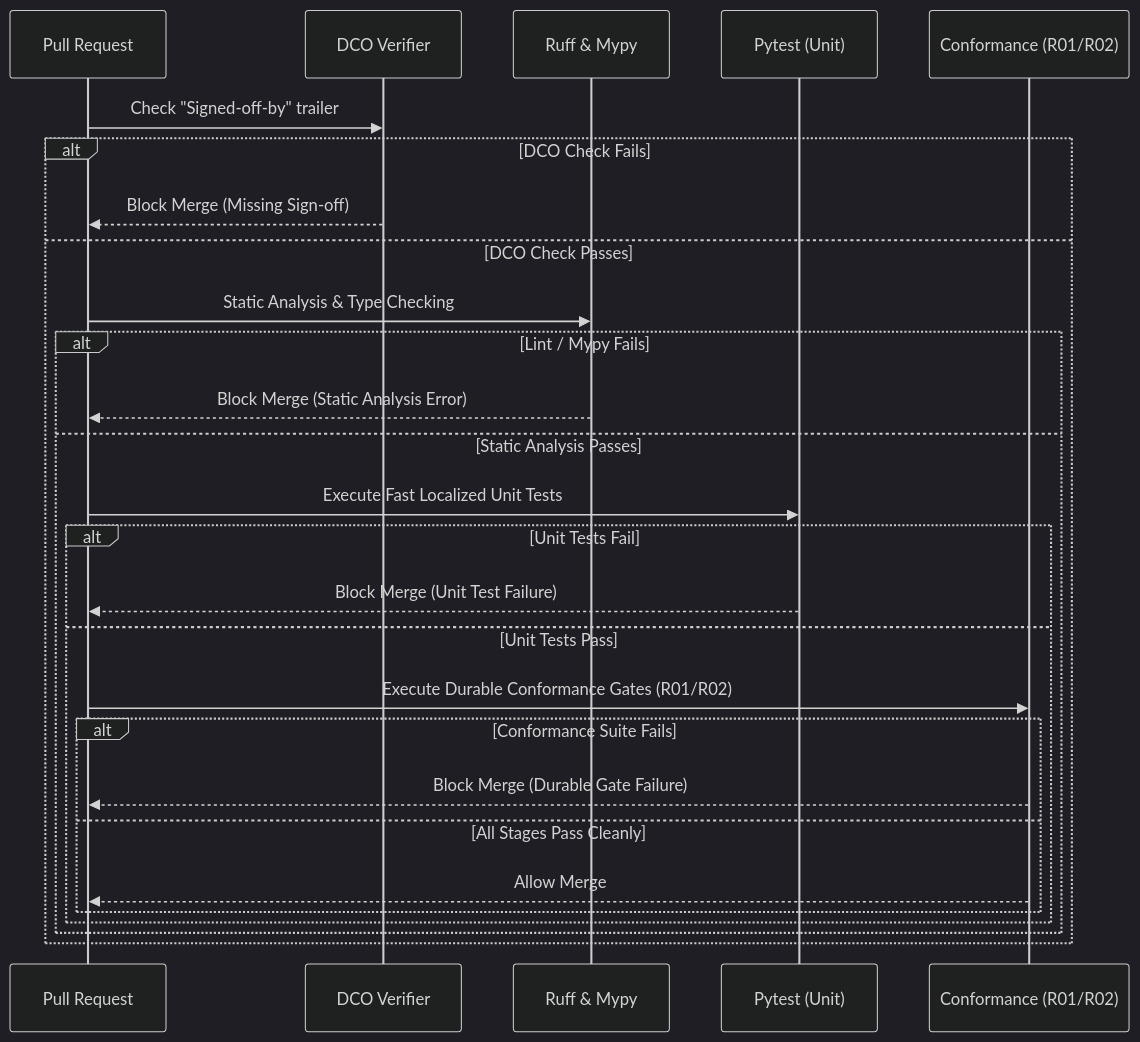
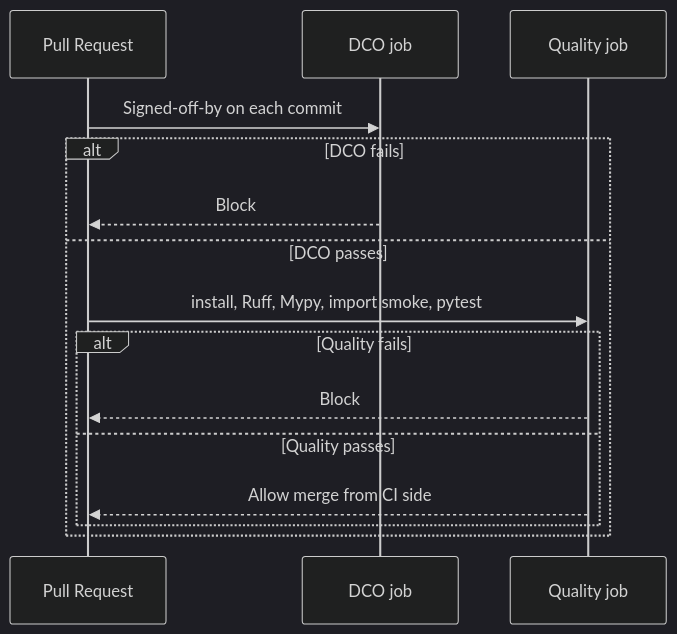
The second of 2 diagrams in infrastructure.md (Coder-s-OG-s/Trajectory-IR), drawn with Mermaid (dark theme) before and after one commit. The commit also changed other lines of this file and 11 other files, not shown here.

First line of the commit message:
chore: add CI, DCO check, and contribution templates

````diff
--- a/infrastructure.md
+++ b/infrastructure.md
@@ -88,30 +90,18 @@
 ```mermaid
 sequenceDiagram
     participant PR as Pull Request
-    participant DCO as DCO Verifier
-    participant Lint as Ruff & Mypy
-    participant Unit as Pytest (Unit)
-    participant Conf as Conformance (R01/R02)
+    participant DCO as DCO job
+    participant Q as Quality job
 
-    PR->>DCO: Check "Signed-off-by" trailer
-    alt DCO Check Fails
-        DCO-->>PR: Block Merge (Missing Sign-off)
-    else DCO Check Passes
-        PR->>Lint: Static Analysis & Type Checking
-        alt Lint / Mypy Fails
-            Lint-->>PR: Block Merge (Static Analysis Error)
-        else Static Analysis Passes
-            PR->>Unit: Execute Fast Localized Unit Tests
-            alt Unit Tests Fail
-                Unit-->>PR: Block Merge (Unit Test Failure)
-            else Unit Tests Pass
-                PR->>Conf: Execute Durable Conformance Gates (R01/R02)
-                alt Conformance Suite Fails
-                    Conf-->>PR: Block Merge (Durable Gate Failure)
-                else All Stages Pass Cleanly
-                    Conf-->>PR: Allow Merge
-                end
-            end
+    PR->>DCO: Signed-off-by on each commit
+    alt DCO fails
+        DCO-->>PR: Block
+    else DCO passes
+        PR->>Q: install, Ruff, Mypy, import smoke, pytest
+        alt Quality fails
+            Q-->>PR: Block
+        else Quality passes
+            Q-->>PR: Allow merge from CI side
         end
     end
 ```
````
